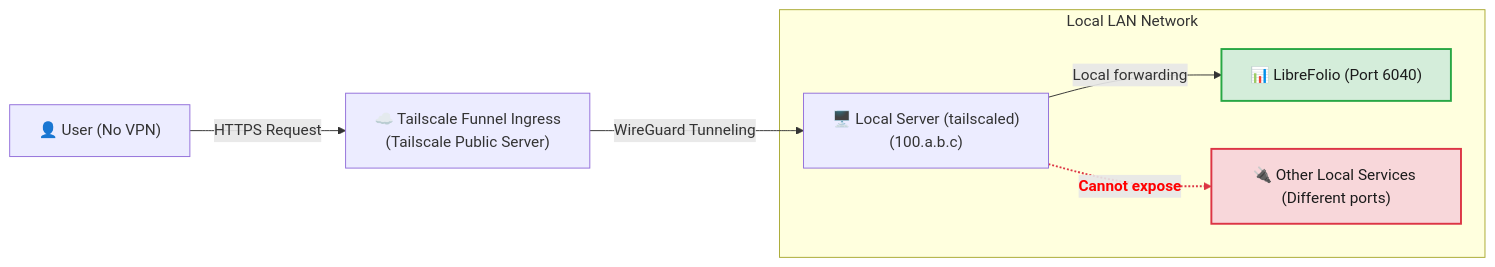
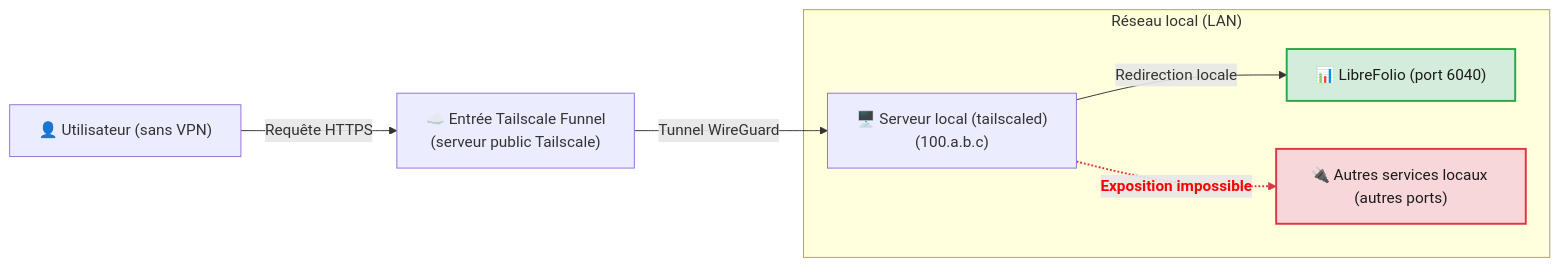
Before and after one commit to Librefolio/LibreFolio: the first of 2 diagrams in mkdocs_src/docs/admin/service_exposure_funnel.fr.md, drawn with Mermaid. The commit also changed other lines of this file and 2 other files, not shown here.

Commit message:
docs(admin): service_exposure_funnel translated by hand from the Italian page into English, French and Spanish

````diff
--- a/mkdocs_src/docs/admin/service_exposure_funnel.fr.md
+++ b/mkdocs_src/docs/admin/service_exposure_funnel.fr.md
@@ -80,12 +90,12 @@
 ```mermaid
 graph LR
-    User["👤 User (No VPN)"] -->|HTTPS Request| Funnel["☁️ Tailscale Funnel Ingress<br>(Tailscale Public Server)"]
-    Funnel -->|WireGuard Tunneling| Server["🖥️ Local Server (tailscaled)<br>(100.a.b.c)"]
-    subgraph LAN ["Local LAN Network"]
-        Server -->|Local forwarding| LibreFolio["📊 LibreFolio (Port 6040)"]
-        Server -.->|"<font color='red'><b>Cannot expose</b></font>"| Other["🔌 Other Local Services (Different ports)"]
+    User["👤 Utilisateur (sans VPN)"] -->|Requête HTTPS| Funnel["☁️ Entrée Tailscale Funnel<br>(serveur public Tailscale)"]
+    Funnel -->|Tunnel WireGuard| Server["🖥️ Serveur local (tailscaled)<br>(100.a.b.c)"]
+    subgraph LAN ["Réseau local (LAN)"]
+        Server -->|Redirection locale| LibreFolio["📊 LibreFolio (port 6040)"]
+        Server -.->|"<font color='red'><b>Exposition impossible</b></font>"| Other["🔌 Autres services locaux (autres ports)"]
     end
     style LibreFolio fill:#d4edda,color:#1b1b1b,stroke:#28a745,stroke-width:2px;
     style Other fill:#f8d7da,color:#1b1b1b,stroke:#dc3545,stroke-width:2px;
     linkStyle 3 stroke:#dc3545,stroke-width:2px;
 ```
````
